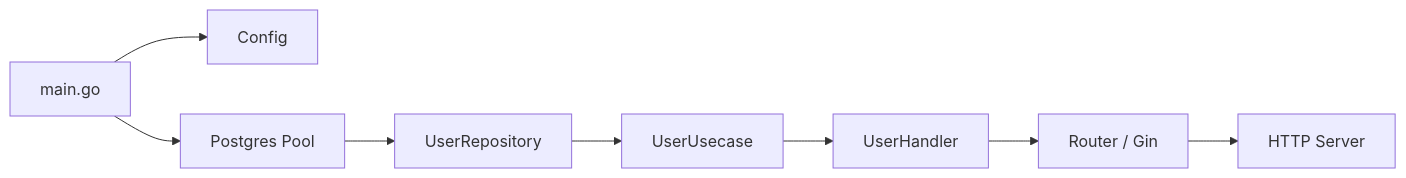
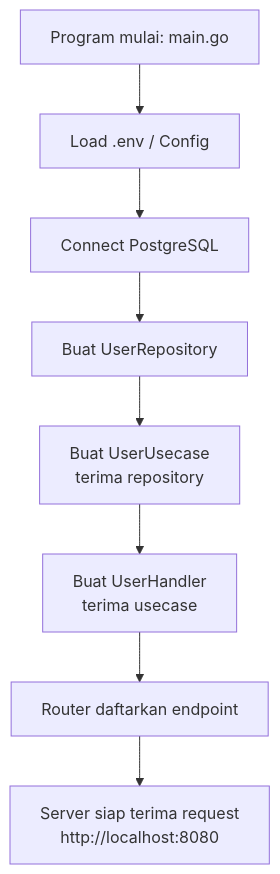
The first of 7 diagrams in docs/PROCESS.md (chairoel/BE-ToDoList), drawn with Mermaid before and after one commit. The commit also changed other lines of this file, not shown here.

Commit message:
[DOCS] rewrite process flow docs for beginners

````diff
--- a/docs/PROCESS.md
+++ b/docs/PROCESS.md
@@ -43,10 +132,10 @@
 ```mermaid
-flowchart LR
-    A[main.go] --> B[Config]
-    A --> C[Postgres Pool]
-    C --> D[UserRepository]
-    D --> E[UserUsecase]
-    E --> F[UserHandler]
-    F --> G[Router / Gin]
-    G --> H[HTTP Server]
+flowchart TB
+    A[Program mulai: main.go] --> B[Load .env / Config]
+    B --> C[Connect PostgreSQL]
+    C --> D[Buat UserRepository]
+    D --> E[Buat UserUsecase<br/>terima repository]
+    E --> F[Buat UserHandler<br/>terima usecase]
+    F --> G[Router daftarkan endpoint]
+    G --> H[Server siap terima request<br/>http://localhost:8080]
 ```
````
